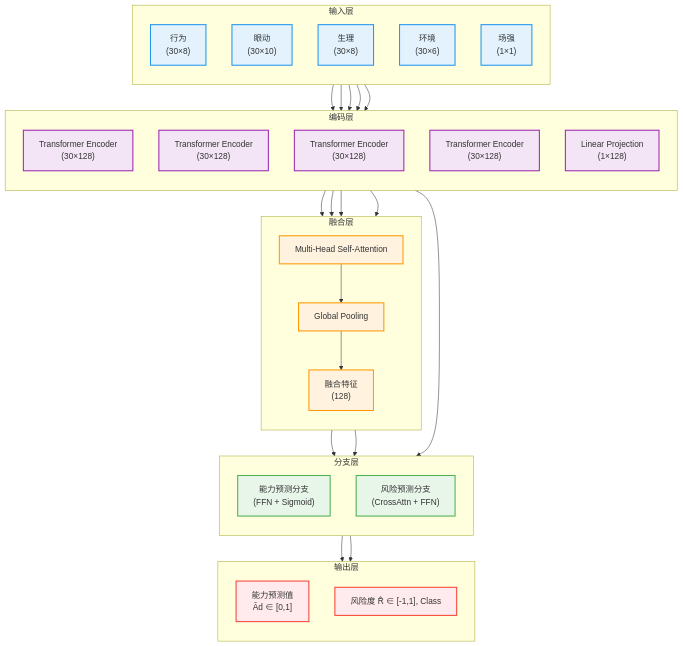
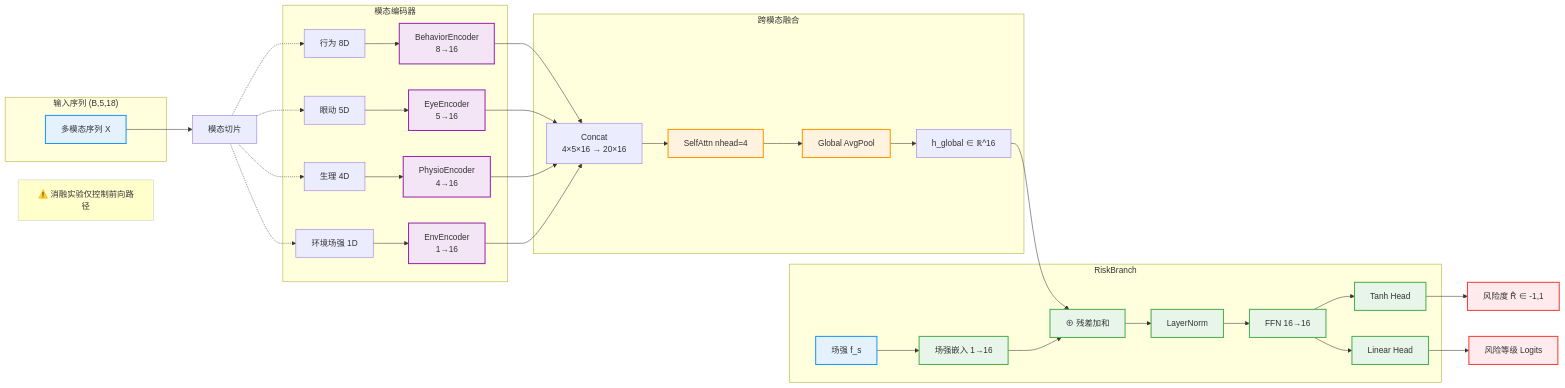
Before and after one commit to LYCgit-qq/DynamicCapRisk: the diagram in docs/model_architecture.md, drawn with Mermaid. The commit also changed 31 other files, not shown here.

````diff
--- a/docs/model_architecture.md
+++ b/docs/model_architecture.md
@@ -1,68 +1,80 @@
 ```mermaid
-flowchart TD
-    %% 定义样式类
+flowchart LR
+    %% 样式定义
     classDef input fill:#e3f2fd,stroke:#2196f3,stroke-width:2px;
     classDef encoder fill:#f3e5f5,stroke:#9c27b0,stroke-width:2px;
     classDef fusion fill:#fff3e0,stroke:#ff9800,stroke-width:2px;
-    classDef branch fill:#e8f5e9,stroke:#4caf50,stroke-width:2px;
+    classDef head fill:#e8f5e9,stroke:#4caf50,stroke-width:2px;
     classDef output fill:#ffebee,stroke:#f44336,stroke-width:2px;
+    classDef bypass stroke-dasharray: 5 5,stroke:#666;
 
-    subgraph 输入层
-        direction TB
-        In1["行为\n(30×8)"]:::input
-        In2["眼动\n(30×10)"]:::input
-        In3["生理\n(30×8)"]:::input
-        In4["环境\n(30×6)"]:::input
-        In5["场强\n(1×1)"]:::input
+    %% --- 输入层（严格ASCII标识）---
+    subgraph Input["输入序列 (B,5,18)"]
+        X[多模态序列 X]
+    end
+    X:::input
+
+    %% 模态切片
+    Slice[模态切片] 
+    Slice -.-> BehSlice[行为 8D]
+    Slice -.-> EyeSlice[眼动 5D]
+    Slice -.-> PhySlice[生理 4D]
+    Slice -.-> EnvSlice[环境场强 1D]
+    X --> Slice
+
+    %% --- 编码层 ---
+    subgraph ENC[模态编码器]
+        EBeh[BehaviorEncoder<br>8→16]:::encoder
+        EEye[EyeEncoder<br>5→16]:::encoder
+        EPhy[PhysioEncoder<br>4→16]:::encoder
+        EEnv[EnvEncoder<br>1→16]:::encoder
+        
+        BehSlice --> EBeh
+        EyeSlice --> EEye
+        PhySlice --> EPhy
+        EnvSlice --> EEnv
     end
 
-    subgraph 编码层
-        direction TB
-        E1["Transformer Encoder\n(30×128)"]:::encoder
-        E2["Transformer Encoder\n(30×128)"]:::encoder
-        E3["Transformer Encoder\n(30×128)"]:::encoder
-        E4["Transformer Encoder\n(30×128)"]:::encoder
-        E5["Linear Projection\n(1×128)"]:::encoder
+    %% --- 融合层 ---
+    subgraph FUSE[跨模态融合]
+        Concat[Concat<br>4×5×16 → 20×16]
+        CA[SelfAttn nhead=4]:::fusion
+        Pool[Global AvgPool]:::fusion
+        HGlobal[h_global ∈ ℝ^16]
+        
+        EBeh --> Concat
+        EEye --> Concat
+        EPhy --> Concat
+        EEnv --> Concat
+        Concat --> CA
+        CA --> Pool
+        Pool --> HGlobal
     end
 
-    subgraph 融合层
-        direction TB
-        MHSA["Multi-Head Self-Attention"]:::fusion
-        Pool["Global Pooling"]:::fusion
-        Fusion["融合特征\n(128)"]:::fusion
+    %% --- 预测头 ---
+    subgraph HEAD[RiskBranch]
+        FS[场强 f_s]:::input
+        Emb[场强嵌入 1→16]:::head
+        Add[⊕ 残差加和]:::head
+        Norm[LayerNorm]:::head
+        FFN[FFN 16→16]:::head
+        Reg[Tanh Head]:::head
+        Cls[Linear Head]:::head
+        
+        HGlobal --> Add
+        FS --> Emb --> Add
+        Add --> Norm --> FFN
+        FFN --> Reg
+        FFN --> Cls
     end
 
-    subgraph 分支层
-        direction TB
-        B1["能力预测分支\n(FFN + Sigmoid)"]:::branch
-        B2["风险预测分支\n(CrossAttn + FFN)"]:::branch
-    end
+    %% --- 输出 ---
+    OutReg[风险度 R̂ ∈ -1,1]:::output
+    OutCls[风险等级 Logits]:::output
+    Reg --> OutReg
+    Cls --> OutCls
 
-    subgraph 输出层
-        direction TB
-        Out1["能力预测值\nÂd ∈ [0,1]"]:::output
-        Out2["风险度 R̂ ∈ [-1,1], Class"]:::output
-    end
-
-    %% 连接关系
-    In1 --> E1
-    In2 --> E2
-    In3 --> E3
-    In4 --> E4
-    In5 --> E5
-
-    E1 --> MHSA
-    E2 --> MHSA
-    E3 --> MHSA
-    E4 --> MHSA
-    
-    MHSA --> Pool
-    Pool --> Fusion
-    
-    Fusion --> B1
-    Fusion --> B2
-    E5 --> B2
-    
-    B1 --> Out1
-    B2 --> Out2
+    %% 消融注释
+    Note[⚠️ 消融实验仅控制前向路径] 
+    style Note fill:#ffffcc,stroke:#ccc
 ```
````
